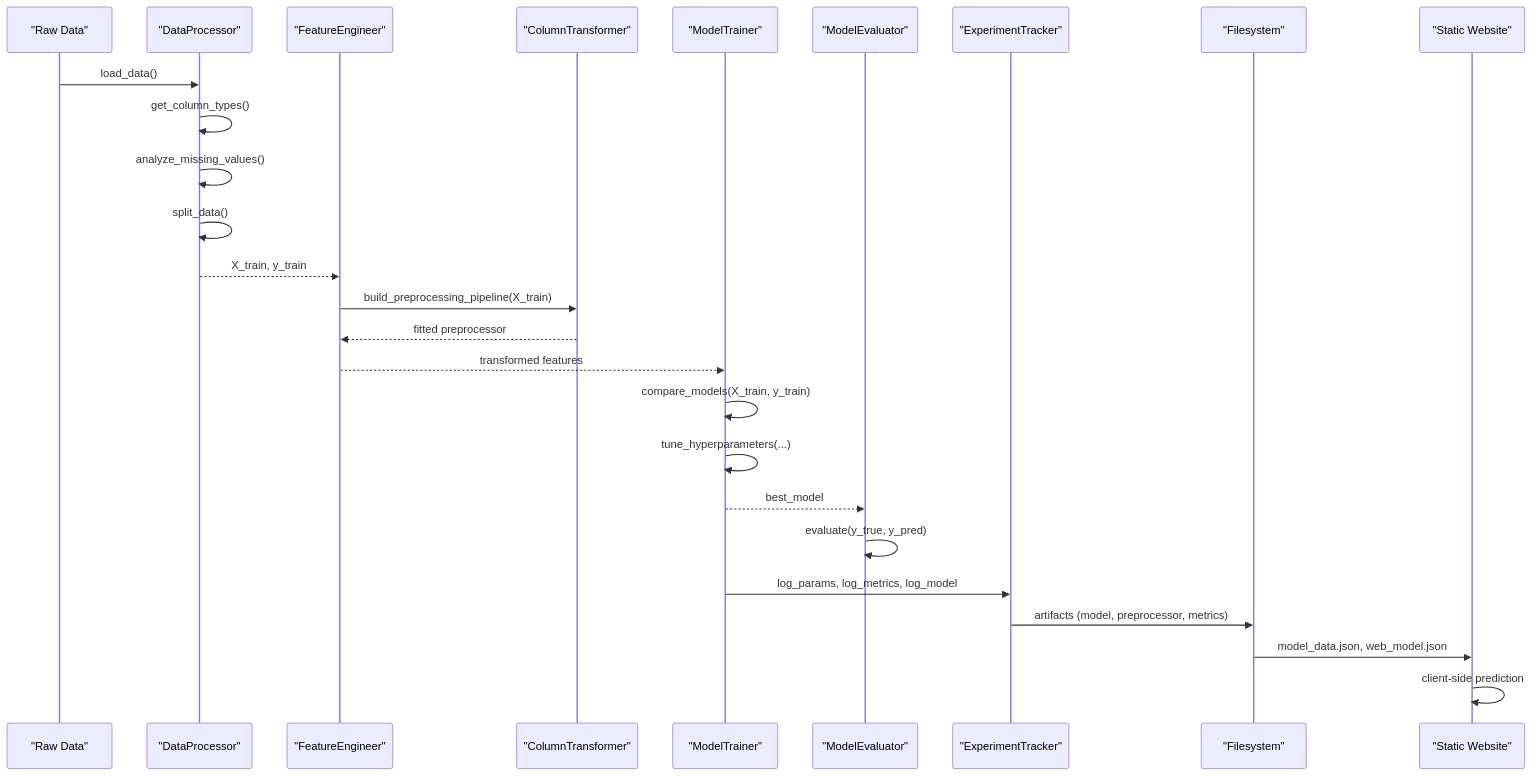
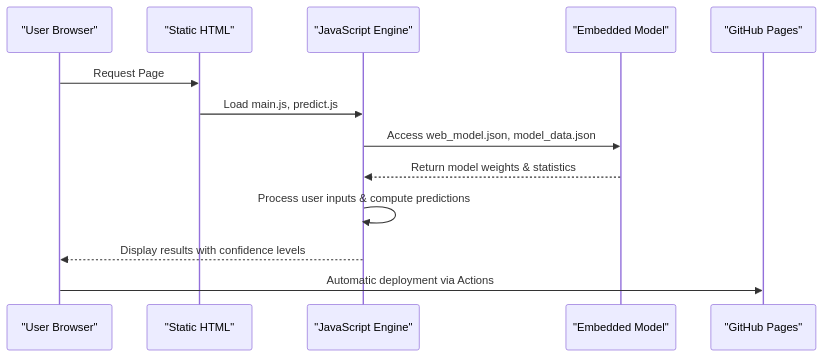
Before and after one commit to tashkirrr/housing-price-prediction: the second of 3 diagrams in .qoder/repowiki/en/content/Machine Learning Pipeline/Machine Learning Pipeline.md, drawn with Mermaid. The commit also changed other lines of this file and 5 other files, not shown here.

````diff
--- a/.qoder/repowiki/en/content/Machine Learning Pipeline/Machine Learning Pipeline.md
+++ b/.qoder/repowiki/en/content/Machine Learning Pipeline/Machine Learning Pipeline.md
@@ -136,28 +120,15 @@
 ```mermaid
 sequenceDiagram
-participant Raw as "Raw Data"
-participant DP as "DataProcessor"
-participant FE as "FeatureEngineer"
-participant CT as "ColumnTransformer"
-participant MT as "ModelTrainer"
-participant ME as "ModelEvaluator"
-participant ET as "ExperimentTracker"
-participant FS as "Filesystem"
-participant STATIC as "Static Website"
-Raw->>DP : load_data()
-DP->>DP : get_column_types()
-DP->>DP : analyze_missing_values()
-DP->>DP : split_data()
-DP-->>FE : X_train, y_train
-FE->>CT : build_preprocessing_pipeline(X_train)
-CT-->>FE : fitted preprocessor
-FE-->>MT : transformed features
-MT->>MT : compare_models(X_train, y_train)
-MT->>MT : tune_hyperparameters(...)
-MT-->>ME : best_model
-ME->>ME : evaluate(y_true, y_pred)
-MT->>ET : log_params, log_metrics, log_model
-ET->>FS : artifacts (model, preprocessor, metrics)
-FS->>STATIC : model_data.json, web_model.json
-STATIC->>STATIC : client-side prediction
+participant User as "User Browser"
+participant HTML as "Static HTML"
+participant JS as "JavaScript Engine"
+participant Model as "Embedded Model"
+participant GitHub as "GitHub Pages"
+User->>HTML : Request Page
+HTML->>JS : Load main.js, predict.js
+JS->>Model : Access web_model.json, model_data.json
+Model-->>JS : Return model weights & statistics
+JS->>JS : Process user inputs & compute predictions
+JS-->>User : Display results with confidence levels
+User->>GitHub : Automatic deployment via Actions
 ```
````
